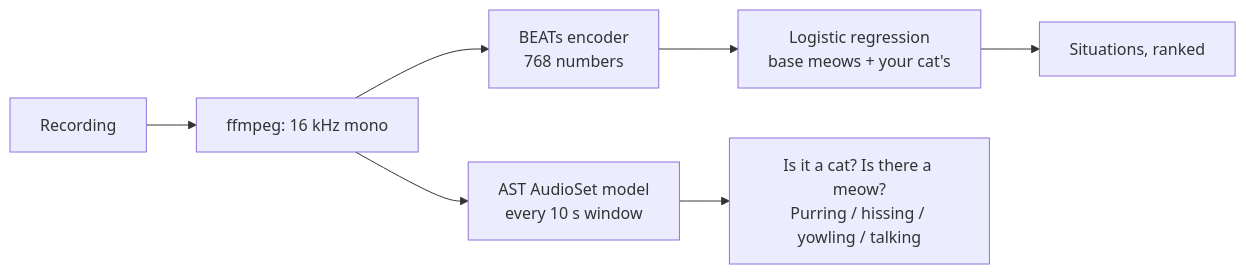
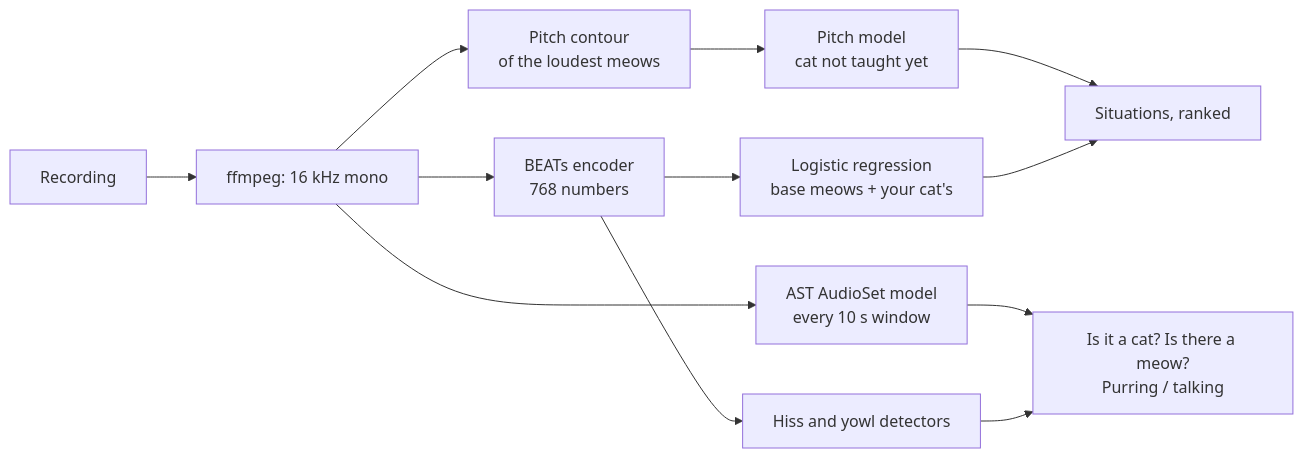
One commit to ATHARV-IIT-BOMBAY/meow-decoder changed the diagram in README.md. Above: the diagram before and after it, drawn with Mermaid. The commit also changed other lines of this file and 34 other files, not shown here.

First line of the commit message:
v0.5.0: pitch-contour situation guess for untaught cats; trained hiss and yowl detectors

````diff
--- a/README.md
+++ b/README.md
@@ -401,9 +409,14 @@
 ```mermaid
 flowchart LR
     A[Recording] --> B[ffmpeg: 16 kHz mono]
     B --> C[BEATs encoder<br>768 numbers]
     B --> D[AST AudioSet model<br>every 10 s window]
+    B --> P[Pitch contour<br>of the loudest meows]
+    P --> Q[Pitch model<br>cat not taught yet]
     C --> E[Logistic regression<br>base meows + your cat's]
-    E --> F[Situations, ranked]
-    D --> G[Is it a cat? Is there a meow?<br>Purring / hissing / yowling / talking]
+    Q --> F[Situations, ranked]
+    E --> F
+    C --> H[Hiss and yowl detectors]
+    D --> G[Is it a cat? Is there a meow?<br>Purring / talking]
+    H --> G
 ```
````
